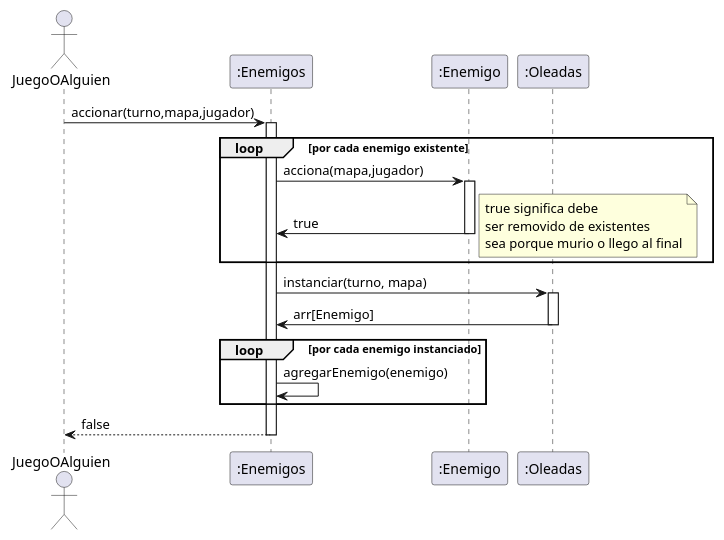
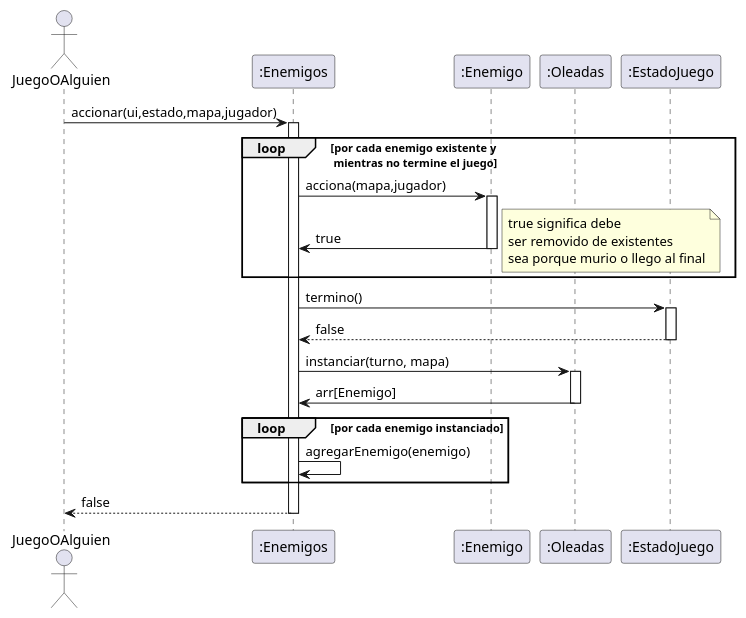
Before and after one commit to MarceloAgustinOrigoniGuillaume/Algo3_TP2_1C2023: the diagram in diagrams/sequences/propuestasMarcelo/enemigos/ideaTurnoEnemigos.puml, drawn with PlantUML. The commit also changed 12 other files, not shown here.

First line of the commit message:
update diagrama clases

```diff
--- a/diagrams/sequences/propuestasMarcelo/enemigos/ideaTurnoEnemigos.puml
+++ b/diagrams/sequences/propuestasMarcelo/enemigos/ideaTurnoEnemigos.puml
@@ -1,39 +1,43 @@
 @startuml
 
 Actor JuegoOAlguien as sis
 participant ":Enemigos" as enemies
 participant ":Enemigo" as enemy
 participant ":Oleadas" as oleada
+participant ":EstadoJuego" as state
 
-sis-> enemies : accionar(turno,mapa,jugador)
+sis-> enemies : accionar(ui,estado,mapa,jugador)
 activate enemies
 
-loop por cada enemigo existente
+loop por cada enemigo existente y\n mientras no termine el juego
 enemies->enemy: acciona(mapa,jugador)
 activate enemy
 enemy->enemies: true
 note right
 true significa debe 
 ser removido de existentes
 sea porque murio o llego al final
 end note
-
-
-
 deactivate enemy
 end
+
+enemies -> state : termino()
+activate state
+state-->enemies : false
+deactivate state
+
 enemies -> oleada: instanciar(turno, mapa)
 activate oleada
 oleada-> enemies: arr[Enemigo]
 deactivate oleada
 
 loop por cada enemigo instanciado
 enemies->enemies: agregarEnemigo(enemigo)
 end
 
 enemies-->sis: false
 deactivate enemies
 
 
 
 @enduml
```
